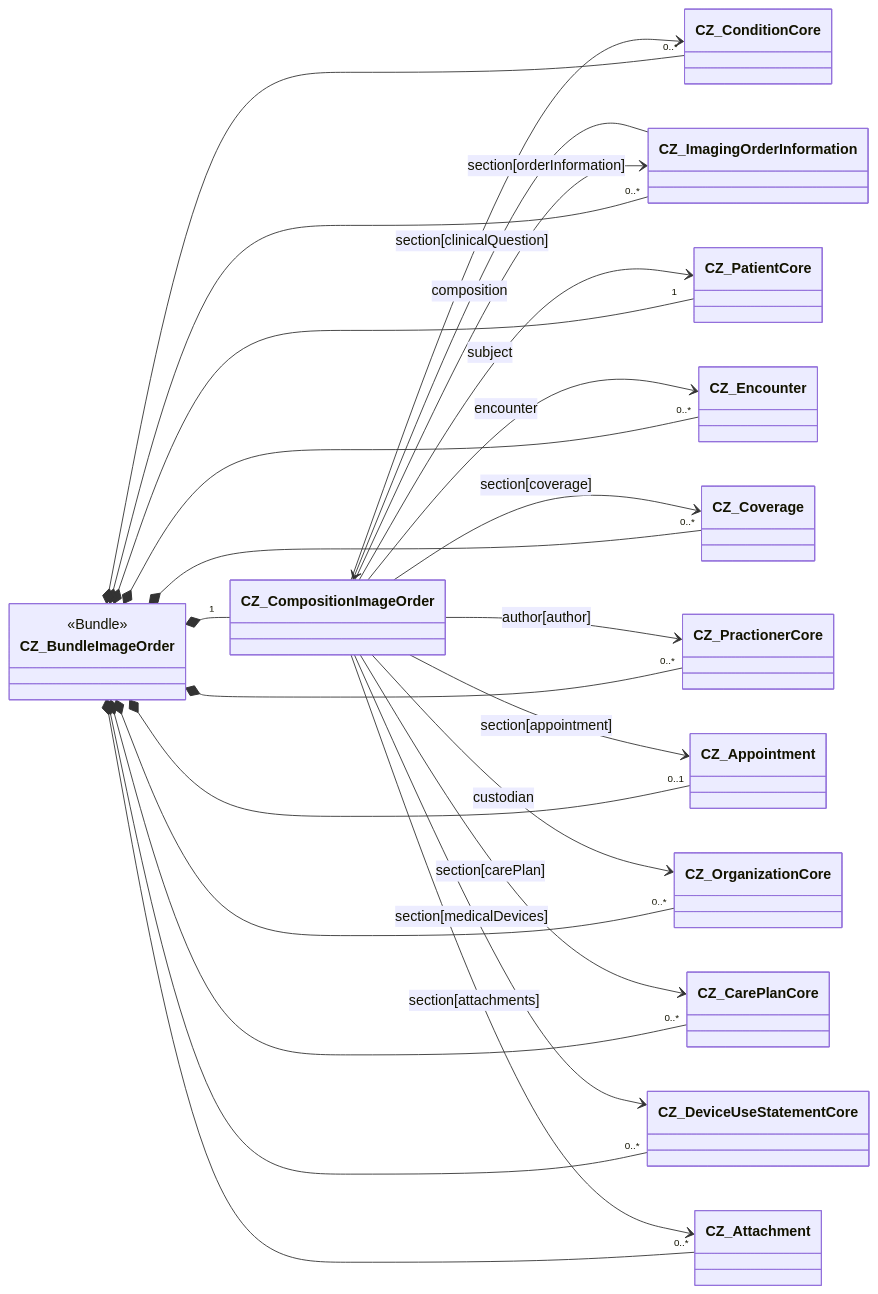
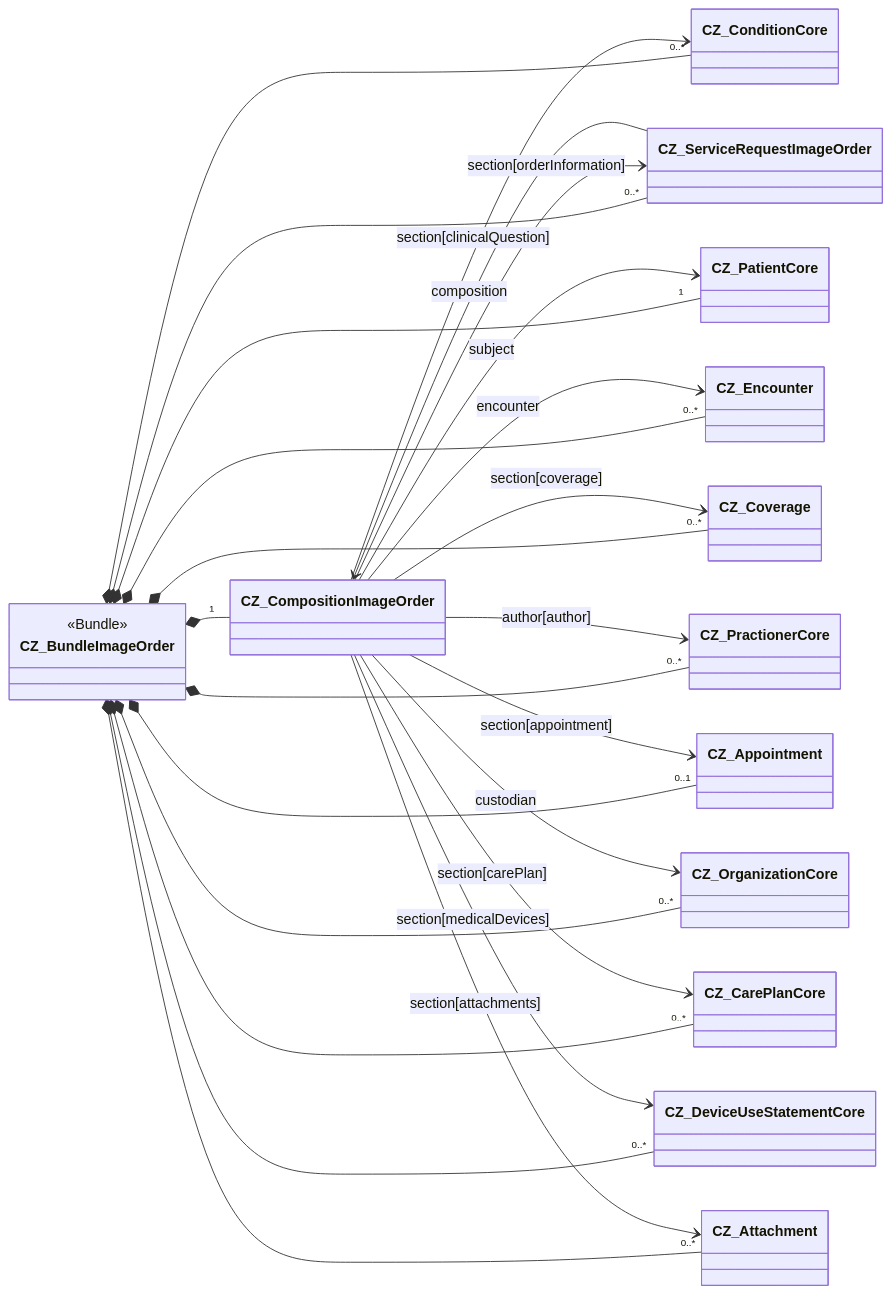
The diagram in input/pagecontent/implementation-notes-cs.md (HL7-cz/img-order), drawn with Mermaid before and after one commit. The commit also changed 21 other files, not shown here.

Commit message:
Rename profile image-order to serviceRequest and add speciality to author and performer

````diff
--- a/input/pagecontent/implementation-notes-cs.md
+++ b/input/pagecontent/implementation-notes-cs.md
@@ -8,34 +8,34 @@
 ```mermaid
 classDiagram
   direction LR
   class CZ_BundleImageOrder{
     <<Bundle>>
   }
   CZ_BundleImageOrder *-- "1" CZ_CompositionImageOrder
   CZ_BundleImageOrder *-- "1" CZ_PatientCore
-  CZ_BundleImageOrder *-- "0..*" CZ_ImagingOrderInformation
+  CZ_BundleImageOrder *-- "0..*" CZ_ServiceRequestImageOrder
   CZ_BundleImageOrder *-- "0..*" CZ_ConditionCore
   CZ_BundleImageOrder *-- "0..*" CZ_Coverage
   CZ_BundleImageOrder *-- "0..*" CZ_Encounter
   CZ_BundleImageOrder *-- "0..1" CZ_Appointment
   CZ_BundleImageOrder *-- "0..*" CZ_CarePlanCore
   CZ_BundleImageOrder *-- "0..*" CZ_PractionerCore
   CZ_BundleImageOrder *-- "0..*" CZ_OrganizationCore
   CZ_BundleImageOrder *-- "0..*" CZ_DeviceUseStatementCore
   CZ_BundleImageOrder *-- "0..*" CZ_Attachment
 
-  CZ_ImagingOrderInformation --> CZ_CompositionImageOrder: composition
+  CZ_ServiceRequestImageOrder --> CZ_CompositionImageOrder: composition
   
-  CZ_CompositionImageOrder --> CZ_ImagingOrderInformation: section[orderInformation]
+  CZ_CompositionImageOrder --> CZ_ServiceRequestImageOrder: section[orderInformation]
   CZ_CompositionImageOrder --> CZ_ConditionCore: section[clinicalQuestion]
   CZ_CompositionImageOrder --> CZ_PractionerCore: author[author]
   CZ_CompositionImageOrder --> CZ_Encounter: encounter
   CZ_CompositionImageOrder --> CZ_OrganizationCore: custodian
   CZ_CompositionImageOrder --> CZ_PatientCore: subject
   CZ_CompositionImageOrder --> CZ_Coverage: section[coverage]
   CZ_CompositionImageOrder --> CZ_Appointment: section[appointment]
   CZ_CompositionImageOrder --> CZ_CarePlanCore: section[carePlan]
   CZ_CompositionImageOrder --> CZ_DeviceUseStatementCore: section[medicalDevices]
   CZ_CompositionImageOrder --> CZ_Attachment: section[attachments]
 
 ```
````
